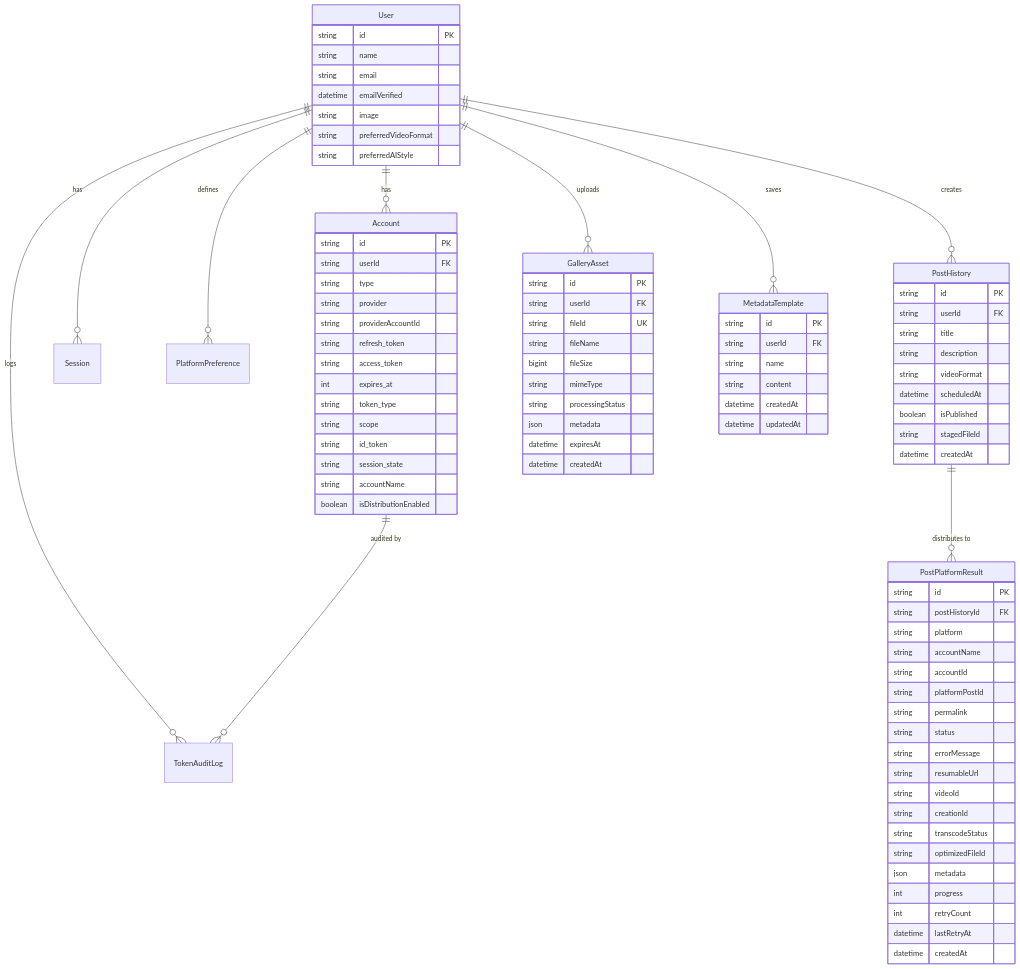
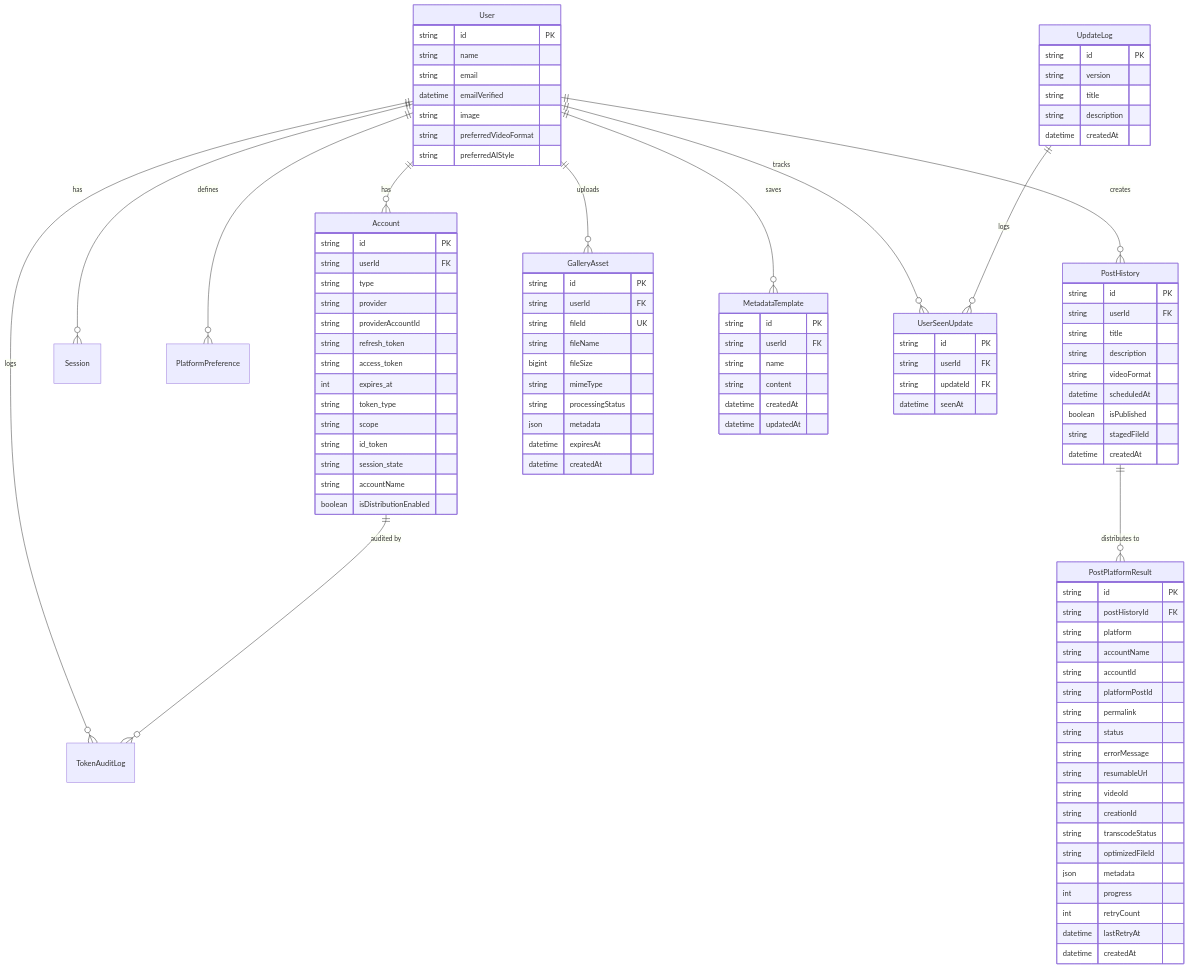
One commit to thoufeeque22/directly.social changed the first of 8 diagrams in docs/ARCHITECTURE.md. Above: the diagram before and after it, drawn with Mermaid. The commit also changed other lines of this file and 2 other files, not shown here.

````diff
--- a/docs/ARCHITECTURE.md
+++ b/docs/ARCHITECTURE.md
@@ -32,6 +32,8 @@
     User ||--o{ GalleryAsset : "uploads"
     User ||--o{ TokenAuditLog : "logs"
     User ||--o{ MetadataTemplate : "saves"
+    User ||--o{ UserSeenUpdate : "tracks"
+    UpdateLog ||--o{ UserSeenUpdate : "logs"
 
     Account ||--o{ TokenAuditLog : "audited by"
 
@@ -119,4 +121,19 @@
         datetime expiresAt
         datetime createdAt
     }
+
+    UpdateLog {
+        string id PK
+        string version
+        string title
+        string description
+        datetime createdAt
+    }
+
+    UserSeenUpdate {
+        string id PK
+        string userId FK
+        string updateId FK
+        datetime seenAt
+    }
 ```
````
